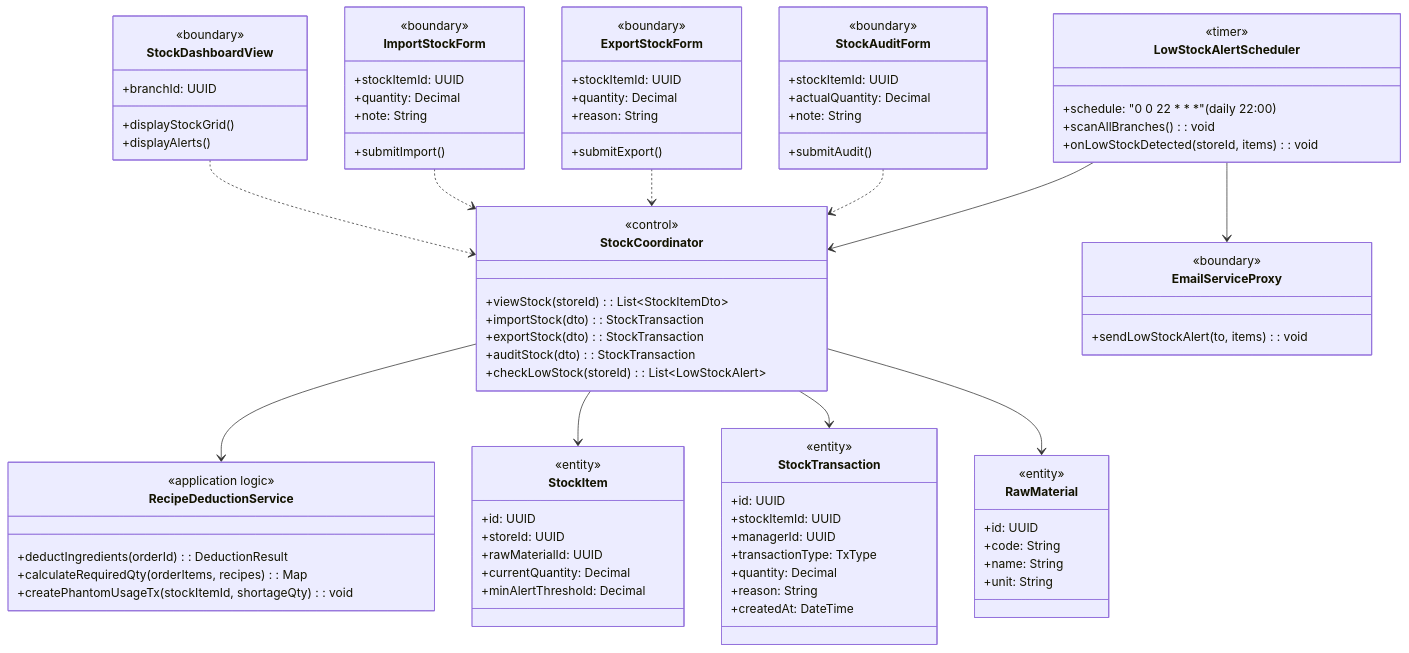
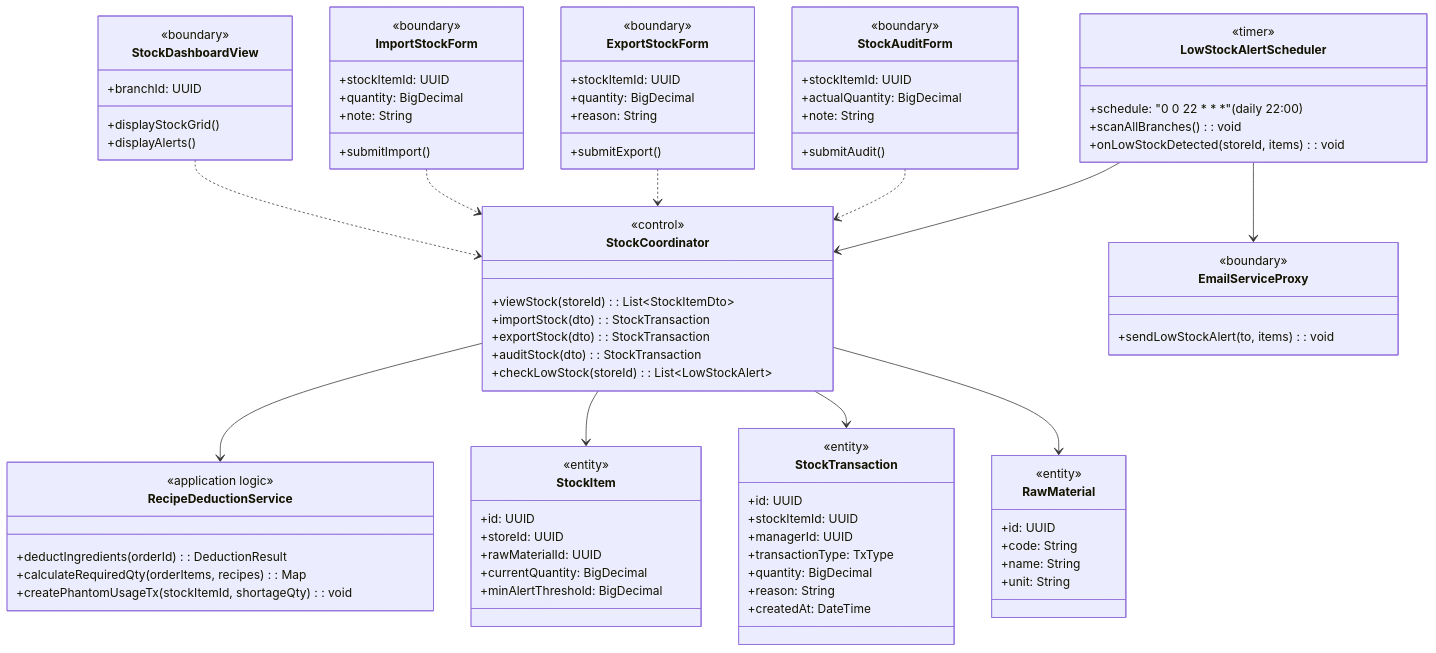
One commit to Shaichi/Khoga_coffe_shop changed the first of 4 diagrams in rds_sections/09_detailed_3_6_inventory.md. Above: the diagram before and after it, drawn with Mermaid. The commit also changed other lines of this file and 13 other files, not shown here.

Commit message:
docs(rds): Update User entity fields and change Decimal to BigDecimal

```diff
--- a/rds_sections/09_detailed_3_6_inventory.md
+++ b/rds_sections/09_detailed_3_6_inventory.md
@@ -17,21 +17,21 @@
     class ImportStockForm {
         <<boundary>>
         +stockItemId: UUID
-        +quantity: Decimal
+        +quantity: BigDecimal
         +note: String
         +submitImport()
     }
     class ExportStockForm {
         <<boundary>>
         +stockItemId: UUID
-        +quantity: Decimal
+        +quantity: BigDecimal
         +reason: String
         +submitExport()
     }
     class StockAuditForm {
         <<boundary>>
         +stockItemId: UUID
-        +actualQuantity: Decimal
+        +actualQuantity: BigDecimal
         +note: String
         +submitAudit()
     }
@@ -60,8 +60,8 @@
         +id: UUID
         +storeId: UUID
         +rawMaterialId: UUID
-        +currentQuantity: Decimal
-        +minAlertThreshold: Decimal
+        +currentQuantity: BigDecimal
+        +minAlertThreshold: BigDecimal
     }
     class StockTransaction {
         <<entity>>
@@ -69,7 +69,7 @@
         +stockItemId: UUID
         +managerId: UUID
         +transactionType: TxType
-        +quantity: Decimal
+        +quantity: BigDecimal
         +reason: String
         +createdAt: DateTime
     }
```
